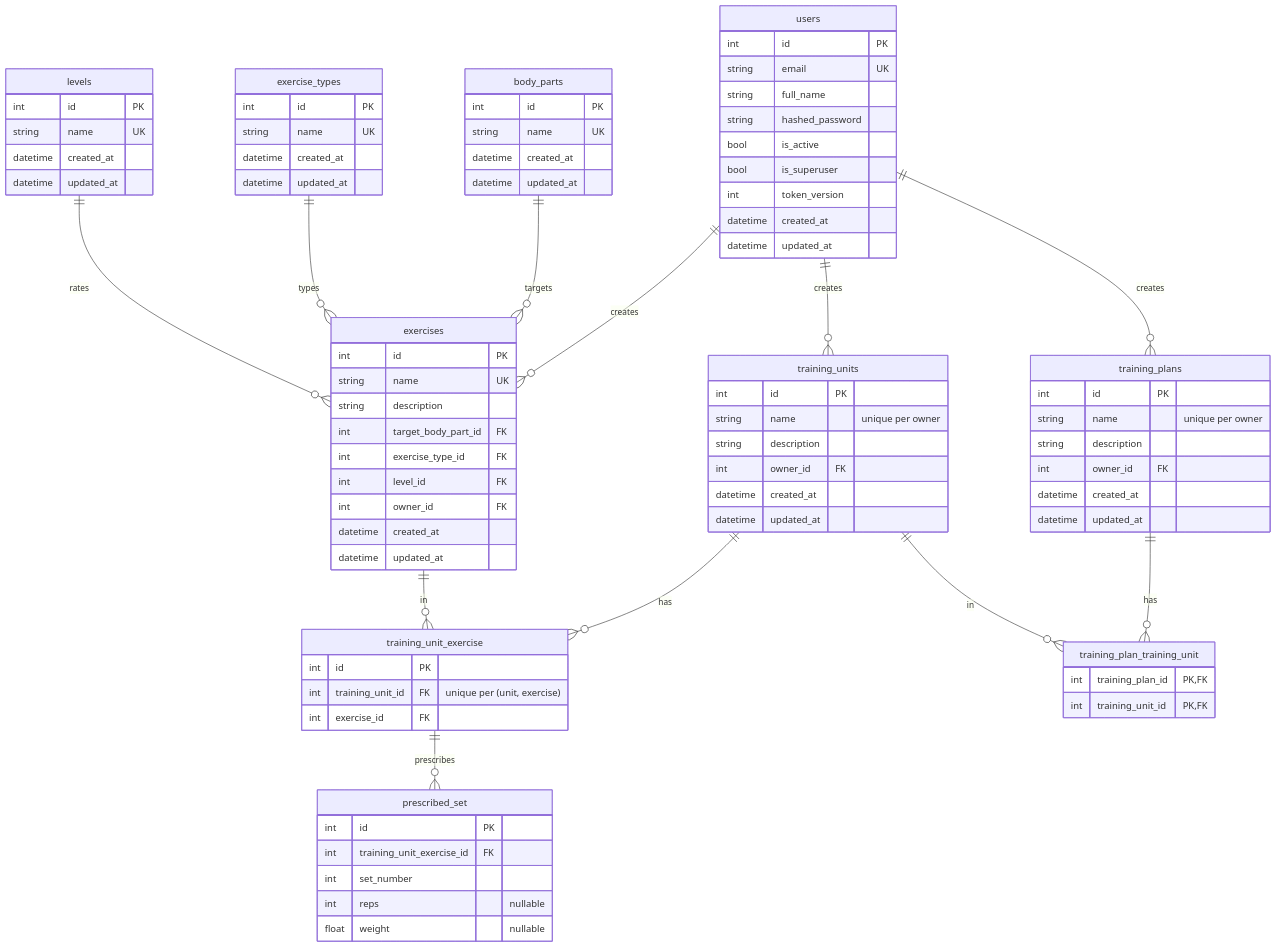
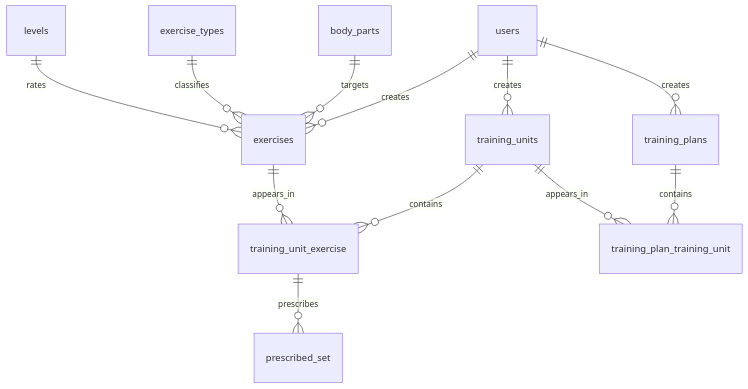
Before and after one commit to PandyaSumit/repwise: the diagram in README.md, drawn with Mermaid. The commit also changed other lines of this file, not shown here.

````diff
--- a/README.md
+++ b/README.md
@@ -34,86 +66,13 @@
     users          ||--o{ training_plans              : creates
 
     body_parts     ||--o{ exercises                   : targets
-    exercise_types ||--o{ exercises                   : types
+    exercise_types ||--o{ exercises                   : classifies
     levels         ||--o{ exercises                   : rates
 
-    training_units ||--o{ training_unit_exercise      : has
-    exercises      ||--o{ training_unit_exercise      : in
-    training_unit_exercise ||--o{ prescribed_set      : prescribes
+    training_units         ||--o{ training_unit_exercise : contains
+    exercises              ||--o{ training_unit_exercise : appears_in
+    training_unit_exercise ||--o{ prescribed_set         : prescribes
 
-    training_plans ||--o{ training_plan_training_unit : has
-    training_units ||--o{ training_plan_training_unit : in
-
-    users {
-        int      id              PK
-        string   email           UK
-        string   full_name
-        string   hashed_password
-        bool     is_active
-        bool     is_superuser
-        int      token_version
-        datetime created_at
-        datetime updated_at
-    }
-    exercises {
-        int      id                  PK
-        string   name                UK
-        string   description
-        int      target_body_part_id FK
-        int      exercise_type_id    FK
-        int      level_id            FK
-        int      owner_id            FK
-        datetime created_at
-        datetime updated_at
-    }
-    exercise_types {
-        int      id         PK
-        string   name       UK
-        datetime created_at
-        datetime updated_at
-    }
-    levels {
-        int      id         PK
-        string   name       UK
-        datetime created_at
-        datetime updated_at
-    }
-    body_parts {
-        int      id         PK
-        string   name       UK
-        datetime created_at
-        datetime updated_at
-    }
-    training_units {
-        int      id          PK
-        string   name        "unique per owner"
-        string   description
-        int      owner_id    FK
-        datetime created_at
-        datetime updated_at
-    }
-    training_plans {
-        int      id          PK
-        string   name        "unique per owner"
-        string   description
-        int      owner_id    FK
-        datetime created_at
-        datetime updated_at
-    }
-    training_unit_exercise {
-        int id               PK
-        int training_unit_id FK "unique per (unit, exercise)"
-        int exercise_id      FK
-    }
-    prescribed_set {
-        int   id                        PK
-        int   training_unit_exercise_id FK
-        int   set_number
-        int   reps                      "nullable"
-        float weight                    "nullable"
-    }
-    training_plan_training_unit {
-        int training_plan_id PK, FK
-        int training_unit_id PK, FK
-    }
+    training_plans ||--o{ training_plan_training_unit : contains
+    training_units ||--o{ training_plan_training_unit : appears_in
 ```
````
